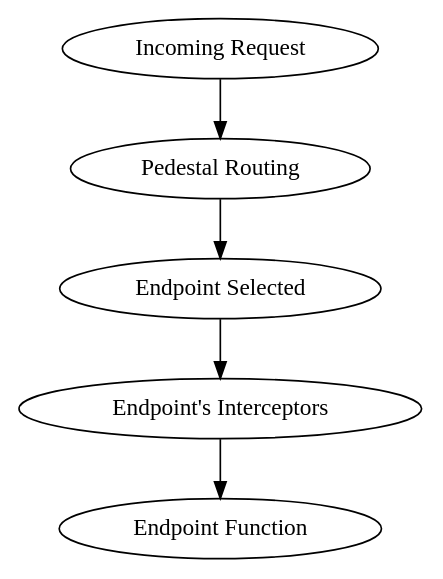
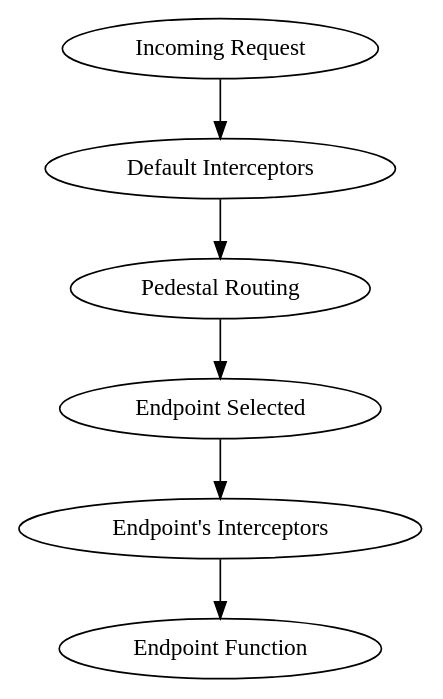
Before and after one commit to AvisoNovate/rook: the diagram in docs/interceptors.rst, drawn with Graphviz. The commit also changed other lines of this file, not shown here.

Commit message:
Properly distinguish between default and endpoint interceptors

```diff
--- a/docs/interceptors.rst
+++ b/docs/interceptors.rst
@@ -78,12 +78,13 @@
 .. graphviz::
 
     digraph {
         incoming [label="Incoming Request"];
+        definterceptors [label="Default Interceptors"];
         routing [label="Pedestal Routing"];
         endpoint [label="Endpoint Selected"];
         interceptors [label="Endpoint's Interceptors"];
         fn [label="Endpoint Function"];
 
-        incoming -> routing -> endpoint -> interceptors -> fn;
+        incoming -> definterceptors -> routing -> endpoint -> interceptors -> fn;
 
     }
```
